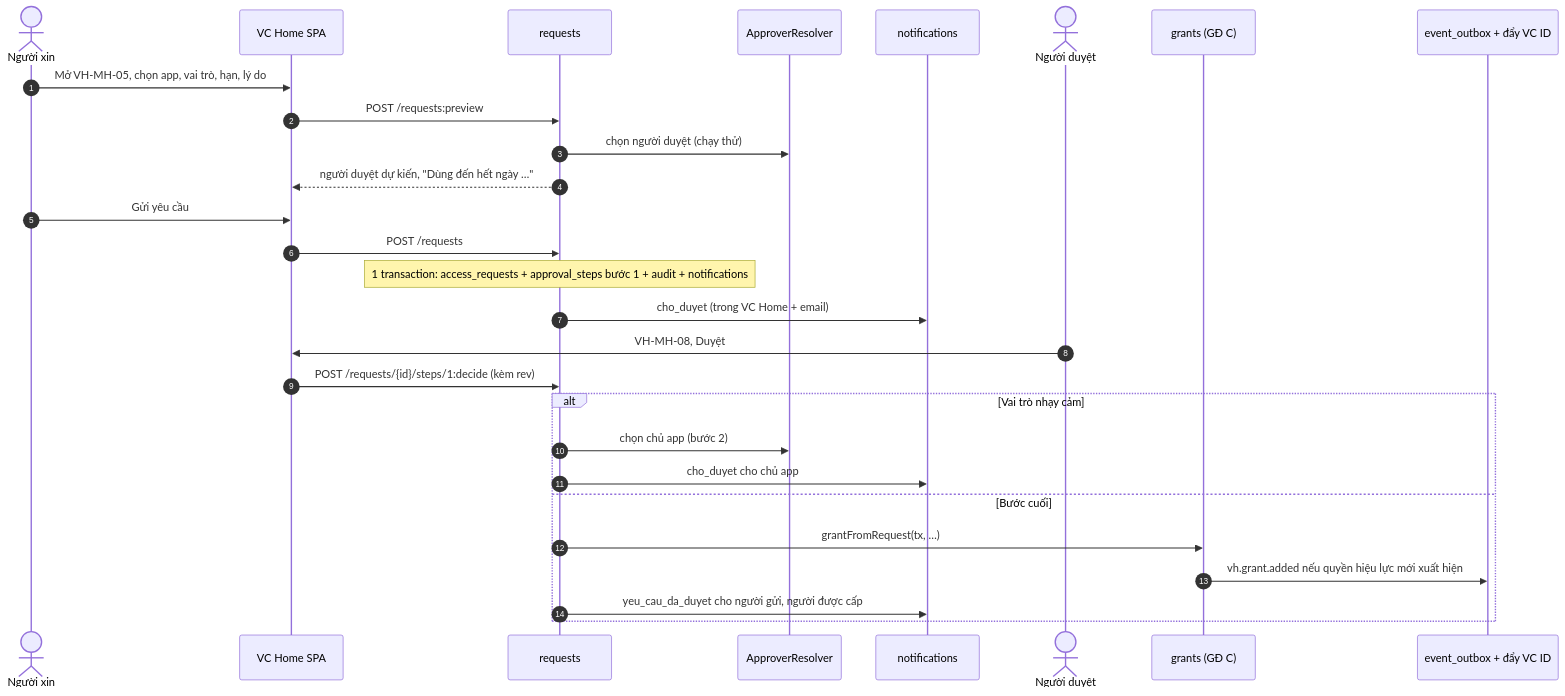
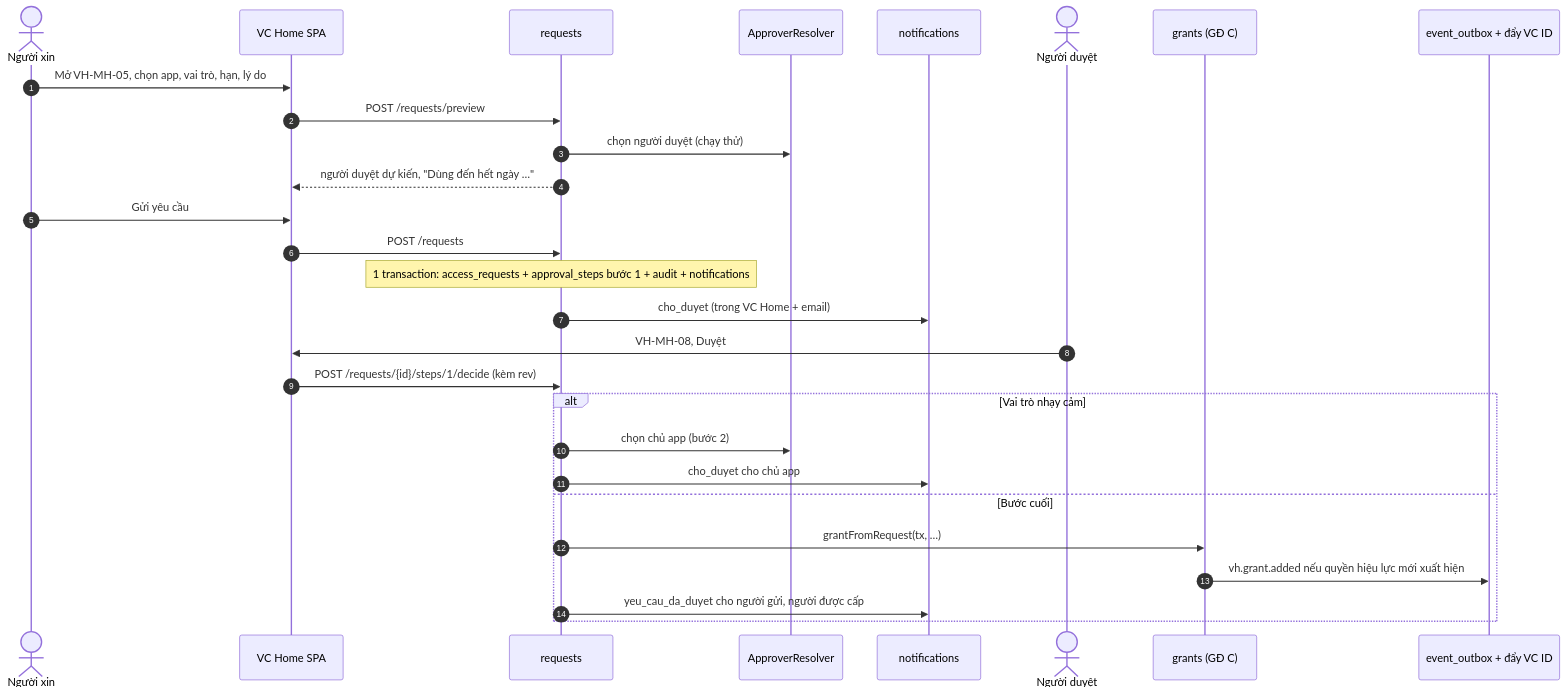
Before and after one commit to daoxuanson15072001/vc: the diagram in docs/vc-home/ky-thuat/ke-hoach-code-gd-d.md, drawn with Mermaid. The commit also changed other lines of this file and 9 other files, not shown here.

````diff
--- a/docs/vc-home/ky-thuat/ke-hoach-code-gd-d.md
+++ b/docs/vc-home/ky-thuat/ke-hoach-code-gd-d.md
@@ -194,30 +194,30 @@
 ```mermaid
 sequenceDiagram
   autonumber
   actor NV as Người xin
   participant SPA as VC Home SPA
   participant RQ as requests
   participant AR as ApproverResolver
   participant NT as notifications
   actor QL as Người duyệt
   participant GR as grants (GĐ C)
   participant OB as event_outbox + đẩy VC ID
   NV->>SPA: Mở VH-MH-05, chọn app, vai trò, hạn, lý do
-  SPA->>RQ: POST /requests:preview
+  SPA->>RQ: POST /requests/preview
   RQ->>AR: chọn người duyệt (chạy thử)
   RQ-->>SPA: người duyệt dự kiến, "Dùng đến hết ngày …"
   NV->>SPA: Gửi yêu cầu
   SPA->>RQ: POST /requests
   Note over RQ: 1 transaction: access_requests + approval_steps bước 1 + audit + notifications
   RQ->>NT: cho_duyet (trong VC Home + email)
   QL->>SPA: VH-MH-08, Duyệt
-  SPA->>RQ: POST /requests/{id}/steps/1:decide (kèm rev)
+  SPA->>RQ: POST /requests/{id}/steps/1/decide (kèm rev)
   alt Vai trò nhạy cảm
     RQ->>AR: chọn chủ app (bước 2)
     RQ->>NT: cho_duyet cho chủ app
   else Bước cuối
     RQ->>GR: grantFromRequest(tx, …)
     GR->>OB: vh.grant.added nếu quyền hiệu lực mới xuất hiện
     RQ->>NT: yeu_cau_da_duyet cho người gửi, người được cấp
   end
 ```
````
